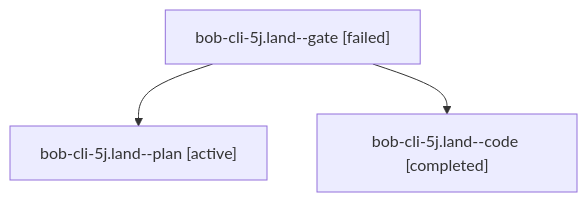
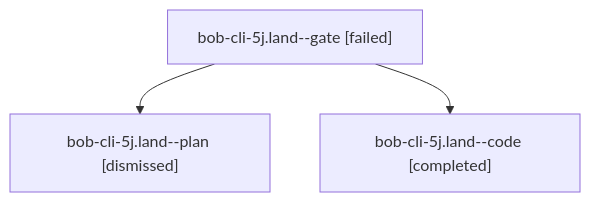
One commit to bobs-org/bob-cli--agents changed the diagram in sessions/bbugyi200.athena.bob-cli-5j.land.md. Above: the diagram before and after it, drawn with Mermaid. The commit also changed other lines of this file and 44 other files, not shown here.

````diff
--- a/sessions/bbugyi200.athena.bob-cli-5j.land.md
+++ b/sessions/bbugyi200.athena.bob-cli-5j.land.md
@@ -9,8 +9,8 @@
 ```mermaid
 flowchart TD
   n0["bob-cli-5j.land--gate [failed]"]
-  n1["bob-cli-5j.land--plan [active]"]
+  n1["bob-cli-5j.land--plan [dismissed]"]
   n0 --> n1
   n2["bob-cli-5j.land--code [completed]"]
   n0 --> n2
 ```
````
